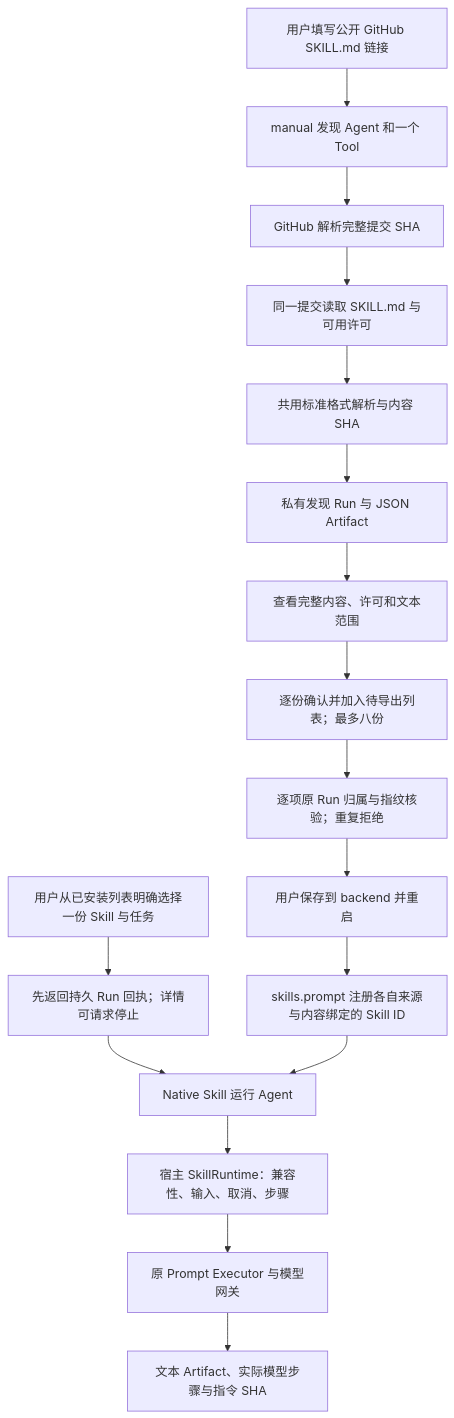
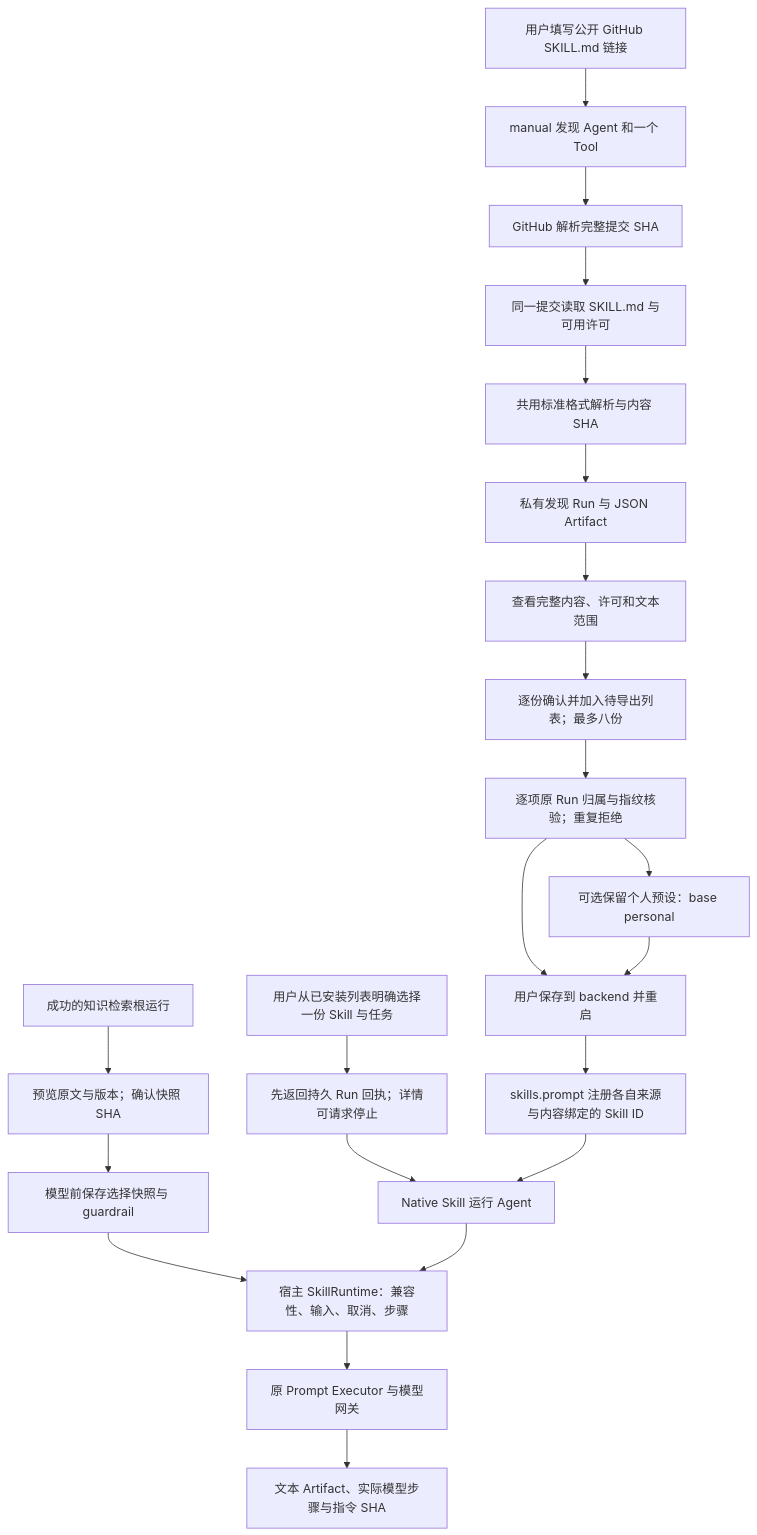
Before and after one commit to KlayPeter/AI-Delivery-Ops-Agent: the diagram in backend/src/connectors/skill-workbench/FEATURE.md, drawn with Mermaid. The commit also changed other lines of this file and 31 other files, not shown here.

````diff
--- a/backend/src/connectors/skill-workbench/FEATURE.md
+++ b/backend/src/connectors/skill-workbench/FEATURE.md
@@ -21,19 +21,24 @@
 ```mermaid
 flowchart TD
     URL[用户填写公开 GitHub SKILL.md 链接] --> N[manual 发现 Agent 和一个 Tool]
     N --> SHA[GitHub 解析完整提交 SHA]
     SHA --> RAW[同一提交读取 SKILL.md 与可用许可]
     RAW --> FORMAT[共用标准格式解析与内容 SHA]
     FORMAT --> ART[私有发现 Run 与 JSON Artifact]
     ART --> REVIEW[查看完整内容、许可和文本范围]
     REVIEW --> SELECT[逐份确认并加入待导出列表；最多八份]
     SELECT --> EXPORT[逐项原 Run 归属与指纹核验；重复拒绝]
     EXPORT --> LOCAL[用户保存到 backend 并重启]
     LOCAL --> P[skills.prompt 注册各自来源与内容绑定的 Skill ID]
+    EXPORT --> BASE[可选保留个人预设：base personal]
+    BASE --> LOCAL
+    KNOW[成功的知识检索根运行] --> PREVIEW[预览原文与版本；确认快照 SHA]
+    PREVIEW --> SAVE[模型前保存选择快照与 guardrail]
+    SAVE --> SK
     TASK[用户从已安装列表明确选择一份 Skill 与任务] --> ACK[先返回持久 Run 回执；详情可请求停止]
     ACK --> RUN[Native Skill 运行 Agent]
     P --> RUN
     RUN --> SK[宿主 SkillRuntime：兼容性、输入、取消、步骤]
     SK --> MODEL[原 Prompt Executor 与模型网关]
     MODEL --> RESULT[文本 Artifact、实际模型步骤与指令 SHA]
 ```
````
